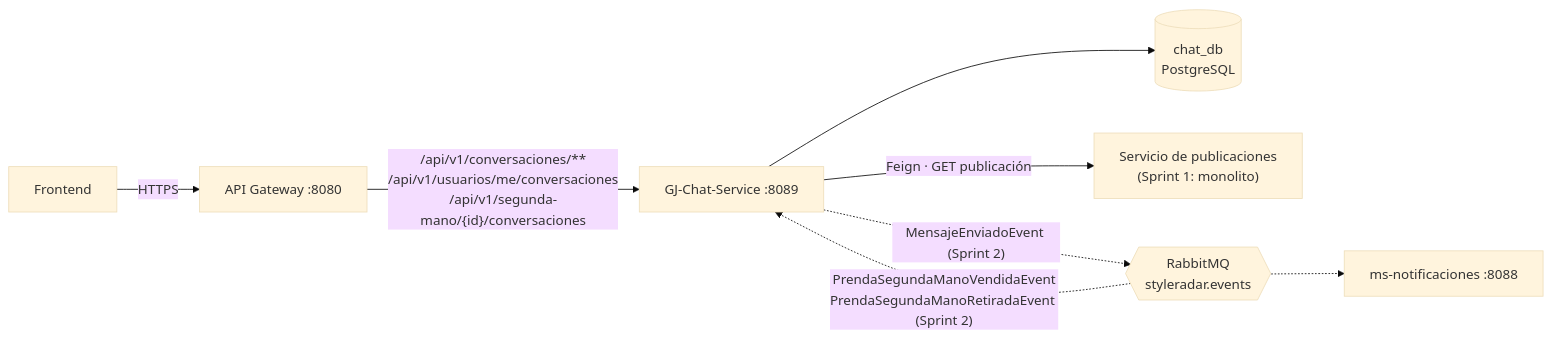
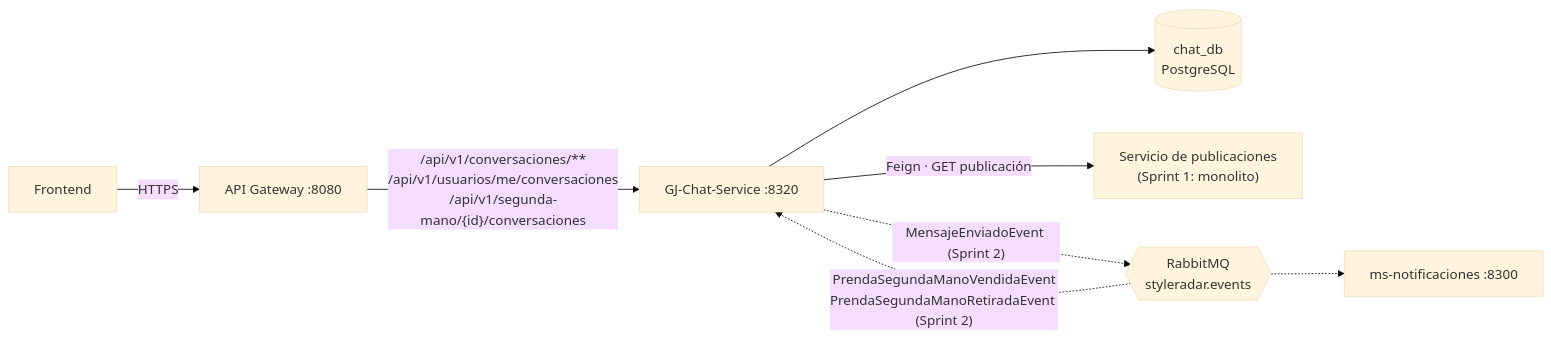
One commit to StyleRadar1/GJ-Chat-Service changed the second of 7 diagrams in docs/SR_GJ_DocumentoTecnico_v1.md. Above: the diagram before and after it, drawn with Mermaid (base theme). The commit also changed other lines of this file and 9 other files, not shown here.

````diff
--- a/docs/SR_GJ_DocumentoTecnico_v1.md
+++ b/docs/SR_GJ_DocumentoTecnico_v1.md
@@ -85,10 +85,10 @@
 ```mermaid
 flowchart LR
     FE["Frontend"] -->|"HTTPS"| GW["API Gateway :8080"]
-    GW -->|"/api/v1/conversaciones/**<br/>/api/v1/usuarios/me/conversaciones<br/>/api/v1/segunda-mano/{id}/conversaciones"| CHAT["GJ-Chat-Service :8089"]
+    GW -->|"/api/v1/conversaciones/**<br/>/api/v1/usuarios/me/conversaciones<br/>/api/v1/segunda-mano/{id}/conversaciones"| CHAT["GJ-Chat-Service :8320"]
     CHAT --> DB[("chat_db<br/>PostgreSQL")]
     CHAT -->|"Feign · GET publicación"| SM["Servicio de publicaciones<br/>(Sprint 1: monolito)"]
     CHAT -. "MensajeEnviadoEvent (Sprint 2)" .-> MQ{{"RabbitMQ<br/>styleradar.events"}}
     MQ -. "PrendaSegundaManoVendidaEvent<br/>PrendaSegundaManoRetiradaEvent (Sprint 2)" .-> CHAT
-    MQ -.-> NOT["ms-notificaciones :8088"]
+    MQ -.-> NOT["ms-notificaciones :8300"]
 ```
````
